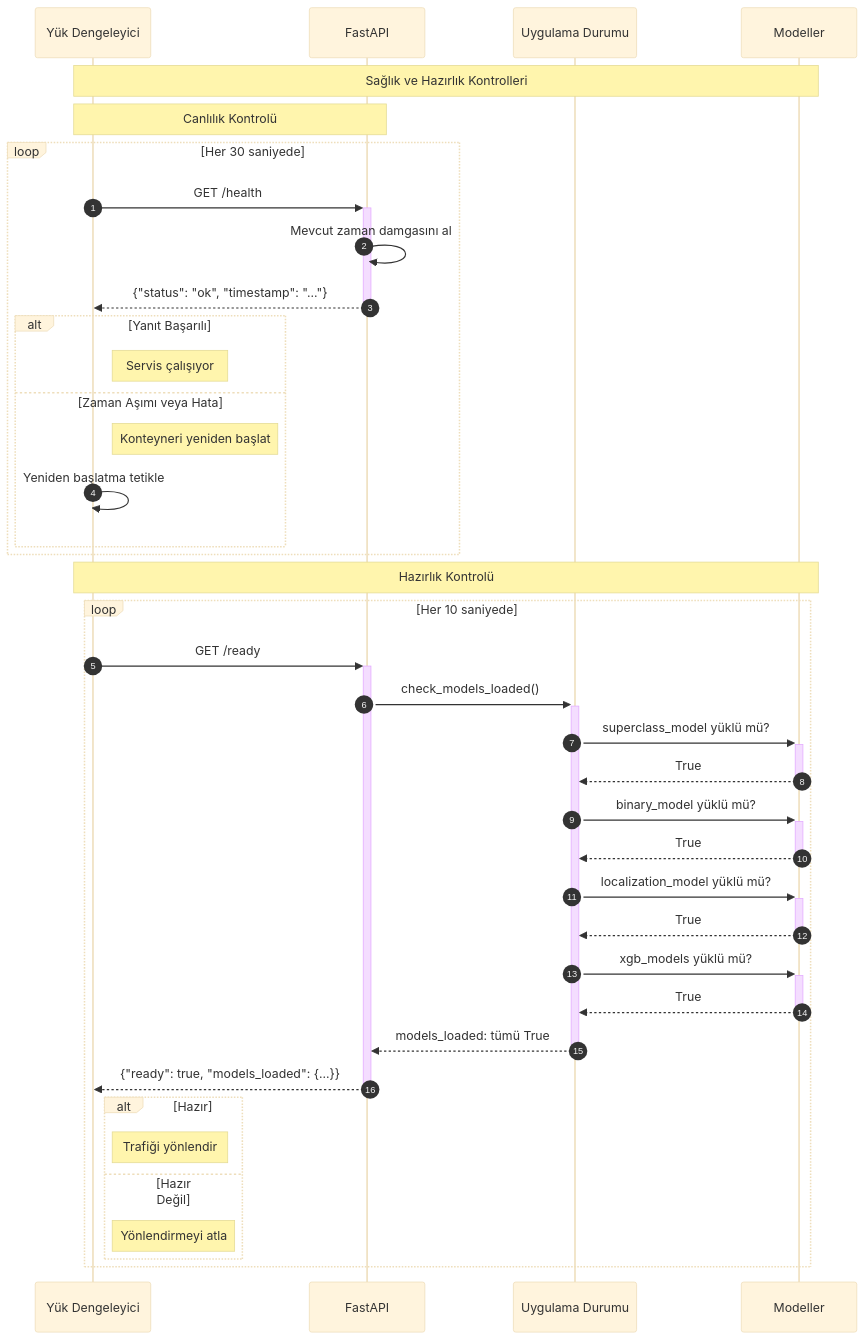
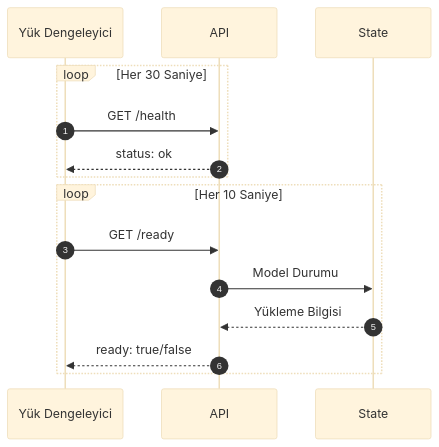
The sixth of 10 diagrams in docs/diagrams/06_sequence_diagram.md (mUsaulug/CardioGuard-AI), drawn with Mermaid (base theme) before and after one commit. The commit also changed other lines of this file and 3 other files, not shown here.

````diff
--- a/docs/diagrams/06_sequence_diagram.md
+++ b/docs/diagrams/06_sequence_diagram.md
@@ -477,51 +173,19 @@
 ```mermaid
 sequenceDiagram
     autonumber
+    participant LB as Yük Dengeleyici
+    participant API
+    participant State
     
-    participant LB as Yük Dengeleyici
-    participant API as FastAPI
-    participant State as Uygulama Durumu
-    participant Models as Modeller
-    
-    Note over LB, Models: Sağlık ve Hazırlık Kontrolleri
-    
-    Note over LB, API: Canlılık Kontrolü
-    
-    loop Her 30 saniyede
-        LB->>+API: GET /health
-        API->>API: Mevcut zaman damgasını al
-        API-->>-LB: {"status": "ok", "timestamp": "..."}
-        
-        alt Yanıt Başarılı
-            Note right of LB: Servis çalışıyor
-        else Zaman Aşımı veya Hata
-            Note right of LB: Konteyneri yeniden başlat
-            LB->>LB: Yeniden başlatma tetikle
-        end
+    loop Her 30 Saniye
+        LB->>API: GET /health
+        API-->>LB: status: ok
     end
     
-    Note over LB, Models: Hazırlık Kontrolü
-    
-    loop Her 10 saniyede
-        LB->>+API: GET /ready
-        
-        API->>+State: check_models_loaded()
-        State->>+Models: superclass_model yüklü mü?
-        Models-->>-State: True
-        State->>+Models: binary_model yüklü mü?
-        Models-->>-State: True
-        State->>+Models: localization_model yüklü mü?
-        Models-->>-State: True
-        State->>+Models: xgb_models yüklü mü?
-        Models-->>-State: True
-        State-->>-API: models_loaded: tümü True
-        
-        API-->>-LB: {"ready": true, "models_loaded": {...}}
-        
-        alt Hazır
-            Note right of LB: Trafiği yönlendir
-        else Hazır Değil
-            Note right of LB: Yönlendirmeyi atla
-        end
+    loop Her 10 Saniye
+        LB->>API: GET /ready
+        API->>State: Model Durumu
+        State-->>API: Yükleme Bilgisi
+        API-->>LB: ready: true/false
     end
 ```
````
